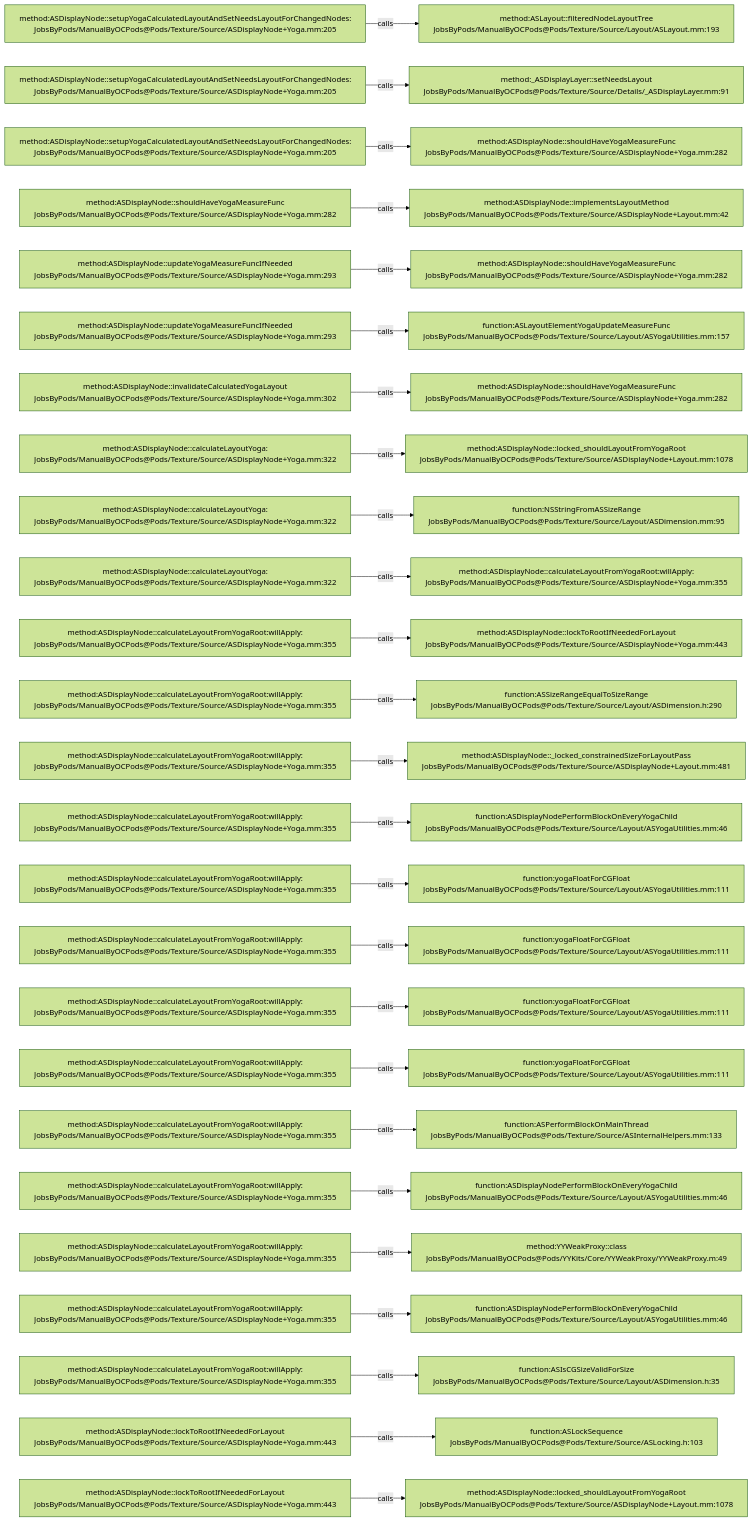
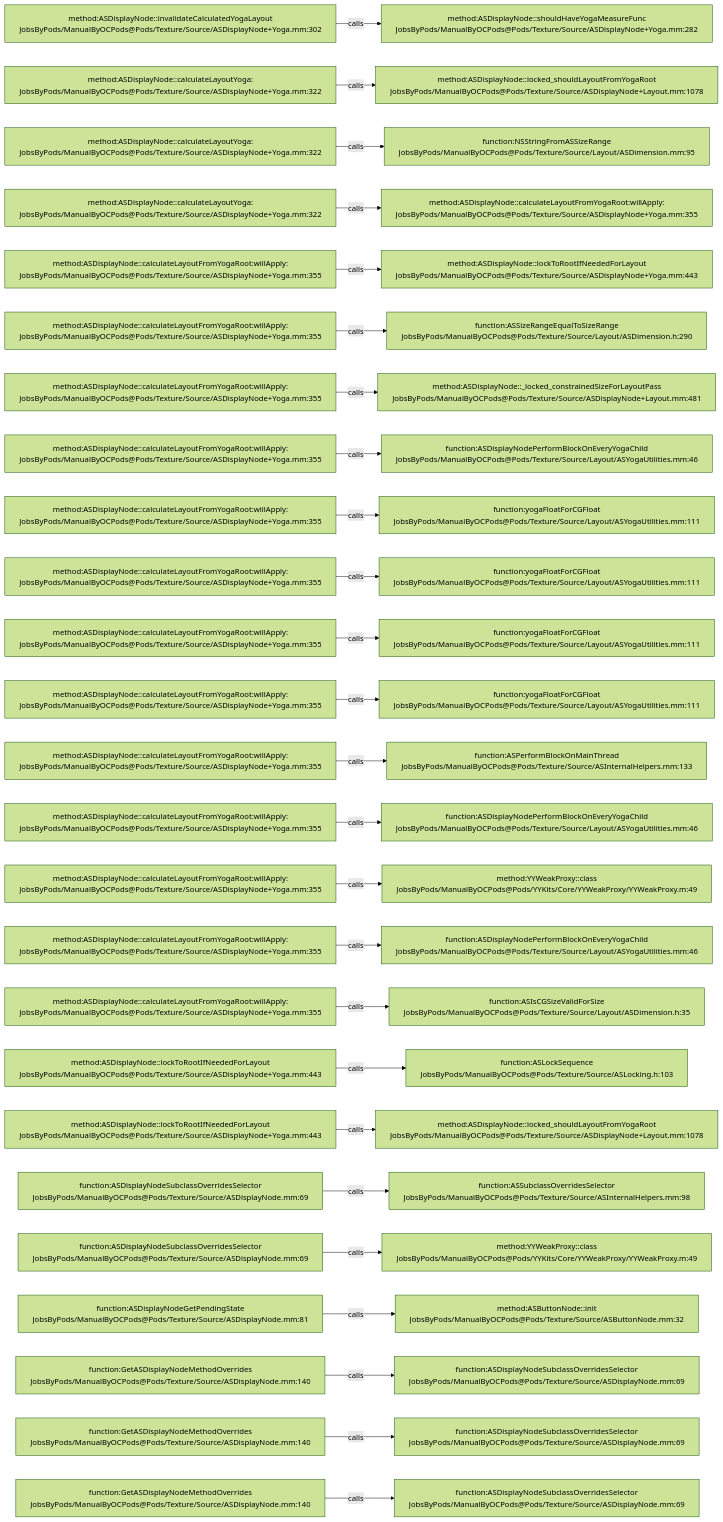
One commit to JobsKits/JobsOCBaseConfigDemo changed the diagram in .codegraph/codegraph.md/graphs/calls-087.md. Above: the diagram before and after it, drawn with Mermaid (forest theme). The commit also changed 666 other files, not shown here.

````diff
--- a/.codegraph/codegraph.md/graphs/calls-087.md
+++ b/.codegraph/codegraph.md/graphs/calls-087.md
@@ -13,78 +13,78 @@
 ```mermaid
 flowchart LR
-  S1["method:ASDisplayNode::setupYogaCalculatedLayoutAndSetNeedsLayoutForChangedNodes:<br/>JobsByPods/ManualByOCPods@Pods/Texture/Source/ASDisplayNode+Yoga.mm:205"]
-  T1["method:ASLayout::filteredNodeLayoutTree<br/>JobsByPods/ManualByOCPods@Pods/Texture/Source/Layout/ASLayout.mm:193"]
+  S1["method:ASDisplayNode::invalidateCalculatedYogaLayout<br/>JobsByPods/ManualByOCPods@Pods/Texture/Source/ASDisplayNode+Yoga.mm:302"]
+  T1["method:ASDisplayNode::shouldHaveYogaMeasureFunc<br/>JobsByPods/ManualByOCPods@Pods/Texture/Source/ASDisplayNode+Yoga.mm:282"]
   S1 -->|calls| T1
-  S2["method:ASDisplayNode::setupYogaCalculatedLayoutAndSetNeedsLayoutForChangedNodes:<br/>JobsByPods/ManualByOCPods@Pods/Texture/Source/ASDisplayNode+Yoga.mm:205"]
-  T2["method:_ASDisplayLayer::setNeedsLayout<br/>JobsByPods/ManualByOCPods@Pods/Texture/Source/Details/_ASDisplayLayer.mm:91"]
+  S2["method:ASDisplayNode::calculateLayoutYoga:<br/>JobsByPods/ManualByOCPods@Pods/Texture/Source/ASDisplayNode+Yoga.mm:322"]
+  T2["method:ASDisplayNode::locked_shouldLayoutFromYogaRoot<br/>JobsByPods/ManualByOCPods@Pods/Texture/Source/ASDisplayNode+Layout.mm:1078"]
   S2 -->|calls| T2
-  S3["method:ASDisplayNode::setupYogaCalculatedLayoutAndSetNeedsLayoutForChangedNodes:<br/>JobsByPods/ManualByOCPods@Pods/Texture/Source/ASDisplayNode+Yoga.mm:205"]
-  T3["method:ASDisplayNode::shouldHaveYogaMeasureFunc<br/>JobsByPods/ManualByOCPods@Pods/Texture/Source/ASDisplayNode+Yoga.mm:282"]
+  S3["method:ASDisplayNode::calculateLayoutYoga:<br/>JobsByPods/ManualByOCPods@Pods/Texture/Source/ASDisplayNode+Yoga.mm:322"]
+  T3["function:NSStringFromASSizeRange<br/>JobsByPods/ManualByOCPods@Pods/Texture/Source/Layout/ASDimension.mm:95"]
   S3 -->|calls| T3
-  S4["method:ASDisplayNode::shouldHaveYogaMeasureFunc<br/>JobsByPods/ManualByOCPods@Pods/Texture/Source/ASDisplayNode+Yoga.mm:282"]
-  T4["method:ASDisplayNode::implementsLayoutMethod<br/>JobsByPods/ManualByOCPods@Pods/Texture/Source/ASDisplayNode+Layout.mm:42"]
+  S4["method:ASDisplayNode::calculateLayoutYoga:<br/>JobsByPods/ManualByOCPods@Pods/Texture/Source/ASDisplayNode+Yoga.mm:322"]
+  T4["method:ASDisplayNode::calculateLayoutFromYogaRoot:willApply:<br/>JobsByPods/ManualByOCPods@Pods/Texture/Source/ASDisplayNode+Yoga.mm:355"]
   S4 -->|calls| T4
-  S5["method:ASDisplayNode::updateYogaMeasureFuncIfNeeded<br/>JobsByPods/ManualByOCPods@Pods/Texture/Source/ASDisplayNode+Yoga.mm:293"]
-  T5["method:ASDisplayNode::shouldHaveYogaMeasureFunc<br/>JobsByPods/ManualByOCPods@Pods/Texture/Source/ASDisplayNode+Yoga.mm:282"]
+  S5["method:ASDisplayNode::calculateLayoutFromYogaRoot:willApply:<br/>JobsByPods/ManualByOCPods@Pods/Texture/Source/ASDisplayNode+Yoga.mm:355"]
+  T5["method:ASDisplayNode::lockToRootIfNeededForLayout<br/>JobsByPods/ManualByOCPods@Pods/Texture/Source/ASDisplayNode+Yoga.mm:443"]
   S5 -->|calls| T5
-  S6["method:ASDisplayNode::updateYogaMeasureFuncIfNeeded<br/>JobsByPods/ManualByOCPods@Pods/Texture/Source/ASDisplayNode+Yoga.mm:293"]
-  T6["function:ASLayoutElementYogaUpdateMeasureFunc<br/>JobsByPods/ManualByOCPods@Pods/Texture/Source/Layout/ASYogaUtilities.mm:157"]
+  S6["method:ASDisplayNode::calculateLayoutFromYogaRoot:willApply:<br/>JobsByPods/ManualByOCPods@Pods/Texture/Source/ASDisplayNode+Yoga.mm:355"]
+  T6["function:ASSizeRangeEqualToSizeRange<br/>JobsByPods/ManualByOCPods@Pods/Texture/Source/Layout/ASDimension.h:290"]
   S6 -->|calls| T6
-  S7["method:ASDisplayNode::invalidateCalculatedYogaLayout<br/>JobsByPods/ManualByOCPods@Pods/Texture/Source/ASDisplayNode+Yoga.mm:302"]
-  T7["method:ASDisplayNode::shouldHaveYogaMeasureFunc<br/>JobsByPods/ManualByOCPods@Pods/Texture/Source/ASDisplayNode+Yoga.mm:282"]
+  S7["method:ASDisplayNode::calculateLayoutFromYogaRoot:willApply:<br/>JobsByPods/ManualByOCPods@Pods/Texture/Source/ASDisplayNode+Yoga.mm:355"]
+  T7["method:ASDisplayNode::_locked_constrainedSizeForLayoutPass<br/>JobsByPods/ManualByOCPods@Pods/Texture/Source/ASDisplayNode+Layout.mm:481"]
   S7 -->|calls| T7
-  S8["method:ASDisplayNode::calculateLayoutYoga:<br/>JobsByPods/ManualByOCPods@Pods/Texture/Source/ASDisplayNode+Yoga.mm:322"]
-  T8["method:ASDisplayNode::locked_shouldLayoutFromYogaRoot<br/>JobsByPods/ManualByOCPods@Pods/Texture/Source/ASDisplayNode+Layout.mm:1078"]
+  S8["method:ASDisplayNode::calculateLayoutFromYogaRoot:willApply:<br/>JobsByPods/ManualByOCPods@Pods/Texture/Source/ASDisplayNode+Yoga.mm:355"]
+  T8["function:ASDisplayNodePerformBlockOnEveryYogaChild<br/>JobsByPods/ManualByOCPods@Pods/Texture/Source/Layout/ASYogaUtilities.mm:46"]
   S8 -->|calls| T8
-  S9["method:ASDisplayNode::calculateLayoutYoga:<br/>JobsByPods/ManualByOCPods@Pods/Texture/Source/ASDisplayNode+Yoga.mm:322"]
-  T9["function:NSStringFromASSizeRange<br/>JobsByPods/ManualByOCPods@Pods/Texture/Source/Layout/ASDimension.mm:95"]
+  S9["method:ASDisplayNode::calculateLayoutFromYogaRoot:willApply:<br/>JobsByPods/ManualByOCPods@Pods/Texture/Source/ASDisplayNode+Yoga.mm:355"]
+  T9["function:yogaFloatForCGFloat<br/>JobsByPods/ManualByOCPods@Pods/Texture/Source/Layout/ASYogaUtilities.mm:111"]
   S9 -->|calls| T9
-  S10["method:ASDisplayNode::calculateLayoutYoga:<br/>JobsByPods/ManualByOCPods@Pods/Texture/Source/ASDisplayNode+Yoga.mm:322"]
-  T10["method:ASDisplayNode::calculateLayoutFromYogaRoot:willApply:<br/>JobsByPods/ManualByOCPods@Pods/Texture/Source/ASDisplayNode+Yoga.mm:355"]
+  S10["method:ASDisplayNode::calculateLayoutFromYogaRoot:willApply:<br/>JobsByPods/ManualByOCPods@Pods/Texture/Source/ASDisplayNode+Yoga.mm:355"]
+  T10["function:yogaFloatForCGFloat<br/>JobsByPods/ManualByOCPods@Pods/Texture/Source/Layout/ASYogaUtilities.mm:111"]
   S10 -->|calls| T10
   S11["method:ASDisplayNode::calculateLayoutFromYogaRoot:willApply:<br/>JobsByPods/ManualByOCPods@Pods/Texture/Source/ASDisplayNode+Yoga.mm:355"]
-  T11["method:ASDisplayNode::lockToRootIfNeededForLayout<br/>JobsByPods/ManualByOCPods@Pods/Texture/Source/ASDisplayNode+Yoga.mm:443"]
+  T11["function:yogaFloatForCGFloat<br/>JobsByPods/ManualByOCPods@Pods/Texture/Source/Layout/ASYogaUtilities.mm:111"]
   S11 -->|calls| T11
   S12["method:ASDisplayNode::calculateLayoutFromYogaRoot:willApply:<br/>JobsByPods/ManualByOCPods@Pods/Texture/Source/ASDisplayNode+Yoga.mm:355"]
-  T12["function:ASSizeRangeEqualToSizeRange<br/>JobsByPods/ManualByOCPods@Pods/Texture/Source/Layout/ASDimension.h:290"]
+  T12["function:yogaFloatForCGFloat<br/>JobsByPods/ManualByOCPods@Pods/Texture/Source/Layout/ASYogaUtilities.mm:111"]
   S12 -->|calls| T12
   S13["method:ASDisplayNode::calculateLayoutFromYogaRoot:willApply:<br/>JobsByPods/ManualByOCPods@Pods/Texture/Source/ASDisplayNode+Yoga.mm:355"]
-  T13["method:ASDisplayNode::_locked_constrainedSizeForLayoutPass<br/>JobsByPods/ManualByOCPods@Pods/Texture/Source/ASDisplayNode+Layout.mm:481"]
+  T13["function:ASPerformBlockOnMainThread<br/>JobsByPods/ManualByOCPods@Pods/Texture/Source/ASInternalHelpers.mm:133"]
   S13 -->|calls| T13
   S14["method:ASDisplayNode::calculateLayoutFromYogaRoot:willApply:<br/>JobsByPods/ManualByOCPods@Pods/Texture/Source/ASDisplayNode+Yoga.mm:355"]
   T14["function:ASDisplayNodePerformBlockOnEveryYogaChild<br/>JobsByPods/ManualByOCPods@Pods/Texture/Source/Layout/ASYogaUtilities.mm:46"]
   S14 -->|calls| T14
   S15["method:ASDisplayNode::calculateLayoutFromYogaRoot:willApply:<br/>JobsByPods/ManualByOCPods@Pods/Texture/Source/ASDisplayNode+Yoga.mm:355"]
-  T15["function:yogaFloatForCGFloat<br/>JobsByPods/ManualByOCPods@Pods/Texture/Source/Layout/ASYogaUtilities.mm:111"]
+  T15["method:YYWeakProxy::class<br/>JobsByPods/ManualByOCPods@Pods/YYKits/Core/YYWeakProxy/YYWeakProxy.m:49"]
   S15 -->|calls| T15
   S16["method:ASDisplayNode::calculateLayoutFromYogaRoot:willApply:<br/>JobsByPods/ManualByOCPods@Pods/Texture/Source/ASDisplayNode+Yoga.mm:355"]
-  T16["function:yogaFloatForCGFloat<br/>JobsByPods/ManualByOCPods@Pods/Texture/Source/Layout/ASYogaUtilities.mm:111"]
+  T16["function:ASDisplayNodePerformBlockOnEveryYogaChild<br/>JobsByPods/ManualByOCPods@Pods/Texture/Source/Layout/ASYogaUtilities.mm:46"]
   S16 -->|calls| T16
   S17["method:ASDisplayNode::calculateLayoutFromYogaRoot:willApply:<br/>JobsByPods/ManualByOCPods@Pods/Texture/Source/ASDisplayNode+Yoga.mm:355"]
-  T17["function:yogaFloatForCGFloat<br/>JobsByPods/ManualByOCPods@Pods/Texture/Source/Layout/ASYogaUtilities.mm:111"]
+  T17["function:ASIsCGSizeValidForSize<br/>JobsByPods/ManualByOCPods@Pods/Texture/Source/Layout/ASDimension.h:35"]
   S17 -->|calls| T17
-  S18["method:ASDisplayNode::calculateLayoutFromYogaRoot:willApply:<br/>JobsByPods/ManualByOCPods@Pods/Texture/Source/ASDisplayNode+Yoga.mm:355"]
-  T18["function:yogaFloatForCGFloat<br/>JobsByPods/ManualByOCPods@Pods/Texture/Source/Layout/ASYogaUtilities.mm:111"]
+  S18["method:ASDisplayNode::lockToRootIfNeededForLayout<br/>JobsByPods/ManualByOCPods@Pods/Texture/Source/ASDisplayNode+Yoga.mm:443"]
+  T18["function:ASLockSequence<br/>JobsByPods/ManualByOCPods@Pods/Texture/Source/ASLocking.h:103"]
   S18 -->|calls| T18
-  S19["method:ASDisplayNode::calculateLayoutFromYogaRoot:willApply:<br/>JobsByPods/ManualByOCPods@Pods/Texture/Source/ASDisplayNode+Yoga.mm:355"]
-  T19["function:ASPerformBlockOnMainThread<br/>JobsByPods/ManualByOCPods@Pods/Texture/Source/ASInternalHelpers.mm:133"]
+  S19["method:ASDisplayNode::lockToRootIfNeededForLayout<br/>JobsByPods/ManualByOCPods@Pods/Texture/Source/ASDisplayNode+Yoga.mm:443"]
+  T19["method:ASDisplayNode::locked_shouldLayoutFromYogaRoot<br/>JobsByPods/ManualByOCPods@Pods/Texture/Source/ASDisplayNode+Layout.mm:1078"]
   S19 -->|calls| T19
-  S20["method:ASDisplayNode::calculateLayoutFromYogaRoot:willApply:<br/>JobsByPods/ManualByOCPods@Pods/Texture/Source/ASDisplayNode+Yoga.mm:355"]
-  T20["function:ASDisplayNodePerformBlockOnEveryYogaChild<br/>JobsByPods/ManualByOCPods@Pods/Texture/Source/Layout/ASYogaUtilities.mm:46"]
+  S20["function:ASDisplayNodeSubclassOverridesSelector<br/>JobsByPods/ManualByOCPods@Pods/Texture/Source/ASDisplayNode.mm:69"]
+  T20["function:ASSubclassOverridesSelector<br/>JobsByPods/ManualByOCPods@Pods/Texture/Source/ASInternalHelpers.mm:98"]
   S20 -->|calls| T20
-  S21["method:ASDisplayNode::calculateLayoutFromYogaRoot:willApply:<br/>JobsByPods/ManualByOCPods@Pods/Texture/Source/ASDisplayNode+Yoga.mm:355"]
+  S21["function:ASDisplayNodeSubclassOverridesSelector<br/>JobsByPods/ManualByOCPods@Pods/Texture/Source/ASDisplayNode.mm:69"]
   T21["method:YYWeakProxy::class<br/>JobsByPods/ManualByOCPods@Pods/YYKits/Core/YYWeakProxy/YYWeakProxy.m:49"]
   S21 -->|calls| T21
-  S22["method:ASDisplayNode::calculateLayoutFromYogaRoot:willApply:<br/>JobsByPods/ManualByOCPods@Pods/Texture/Source/ASDisplayNode+Yoga.mm:355"]
-  T22["function:ASDisplayNodePerformBlockOnEveryYogaChild<br/>JobsByPods/ManualByOCPods@Pods/Texture/Source/Layout/ASYogaUtilities.mm:46"]
+  S22["function:ASDisplayNodeGetPendingState<br/>JobsByPods/ManualByOCPods@Pods/Texture/Source/ASDisplayNode.mm:81"]
+  T22["method:ASButtonNode::init<br/>JobsByPods/ManualByOCPods@Pods/Texture/Source/ASButtonNode.mm:32"]
   S22 -->|calls| T22
-  S23["method:ASDisplayNode::calculateLayoutFromYogaRoot:willApply:<br/>JobsByPods/ManualByOCPods@Pods/Texture/Source/ASDisplayNode+Yoga.mm:355"]
-  T23["function:ASIsCGSizeValidForSize<br/>JobsByPods/ManualByOCPods@Pods/Texture/Source/Layout/ASDimension.h:35"]
+  S23["function:GetASDisplayNodeMethodOverrides<br/>JobsByPods/ManualByOCPods@Pods/Texture/Source/ASDisplayNode.mm:140"]
+  T23["function:ASDisplayNodeSubclassOverridesSelector<br/>JobsByPods/ManualByOCPods@Pods/Texture/Source/ASDisplayNode.mm:69"]
   S23 -->|calls| T23
-  S24["method:ASDisplayNode::lockToRootIfNeededForLayout<br/>JobsByPods/ManualByOCPods@Pods/Texture/Source/ASDisplayNode+Yoga.mm:443"]
-  T24["function:ASLockSequence<br/>JobsByPods/ManualByOCPods@Pods/Texture/Source/ASLocking.h:103"]
+  S24["function:GetASDisplayNodeMethodOverrides<br/>JobsByPods/ManualByOCPods@Pods/Texture/Source/ASDisplayNode.mm:140"]
+  T24["function:ASDisplayNodeSubclassOverridesSelector<br/>JobsByPods/ManualByOCPods@Pods/Texture/Source/ASDisplayNode.mm:69"]
   S24 -->|calls| T24
-  S25["method:ASDisplayNode::lockToRootIfNeededForLayout<br/>JobsByPods/ManualByOCPods@Pods/Texture/Source/ASDisplayNode+Yoga.mm:443"]
-  T25["method:ASDisplayNode::locked_shouldLayoutFromYogaRoot<br/>JobsByPods/ManualByOCPods@Pods/Texture/Source/ASDisplayNode+Layout.mm:1078"]
+  S25["function:GetASDisplayNodeMethodOverrides<br/>JobsByPods/ManualByOCPods@Pods/Texture/Source/ASDisplayNode.mm:140"]
+  T25["function:ASDisplayNodeSubclassOverridesSelector<br/>JobsByPods/ManualByOCPods@Pods/Texture/Source/ASDisplayNode.mm:69"]
   S25 -->|calls| T25
 ```
````
